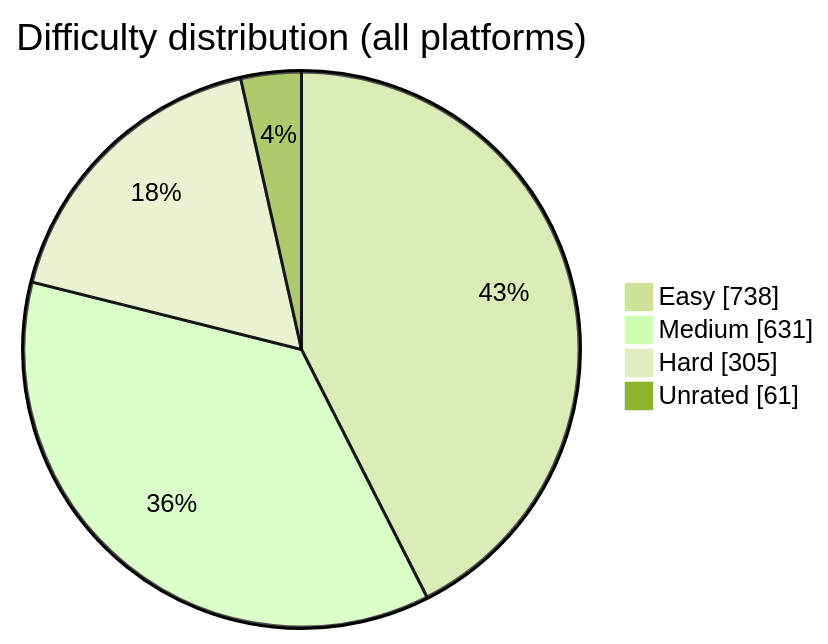
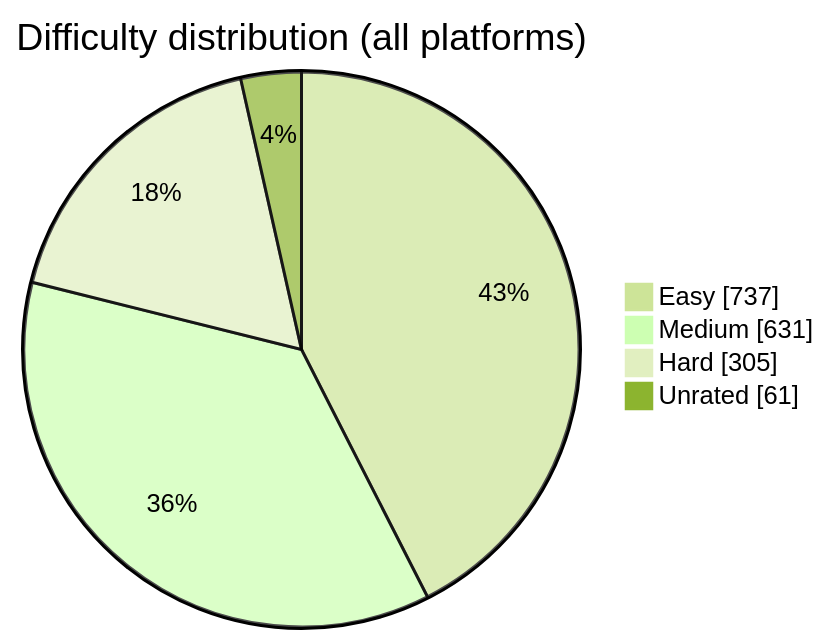
Before and after one commit to BuildbyArindam/Daily-Coding-Log: the diagram in README.md, drawn with Mermaid (forest theme). The commit also changed other lines of this file, not shown here.

````diff
--- a/README.md
+++ b/README.md
@@ -93,7 +93,7 @@
 ```mermaid
 pie showData title Difficulty distribution (all platforms)
-    "Easy" : 738
+    "Easy" : 737
     "Medium" : 631
     "Hard" : 305
     "Unrated" : 61
 ```
````
